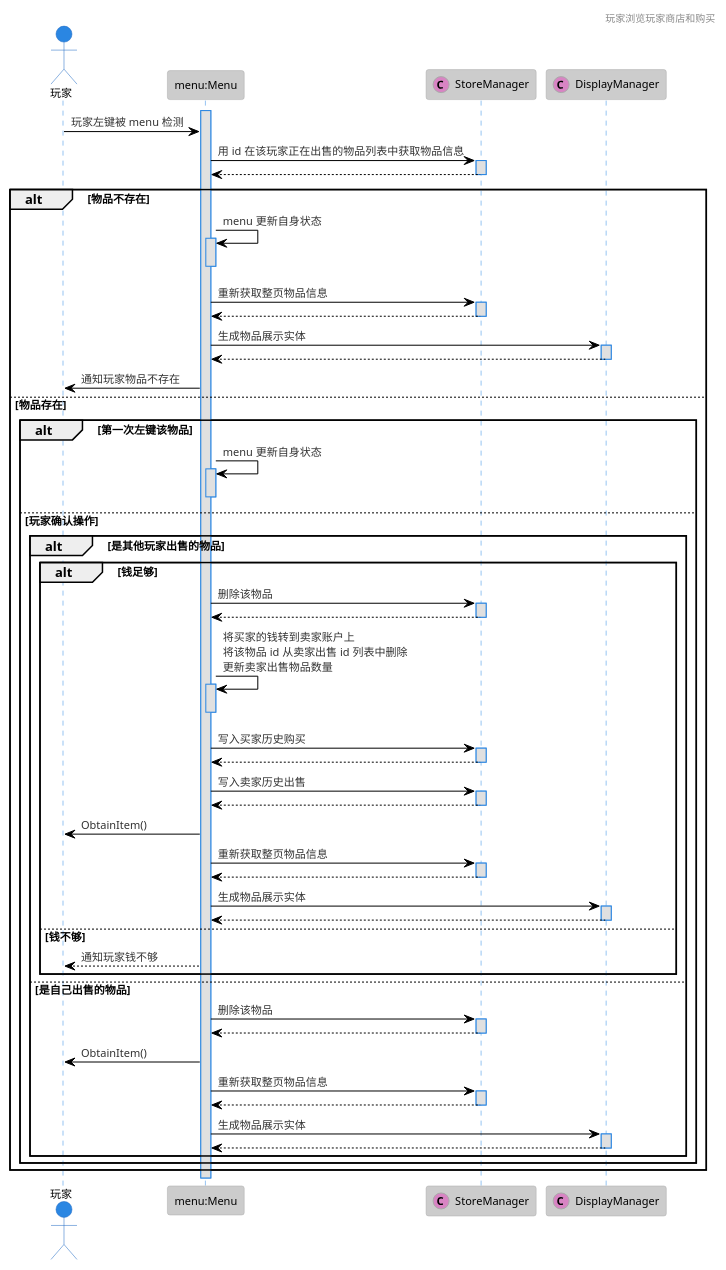
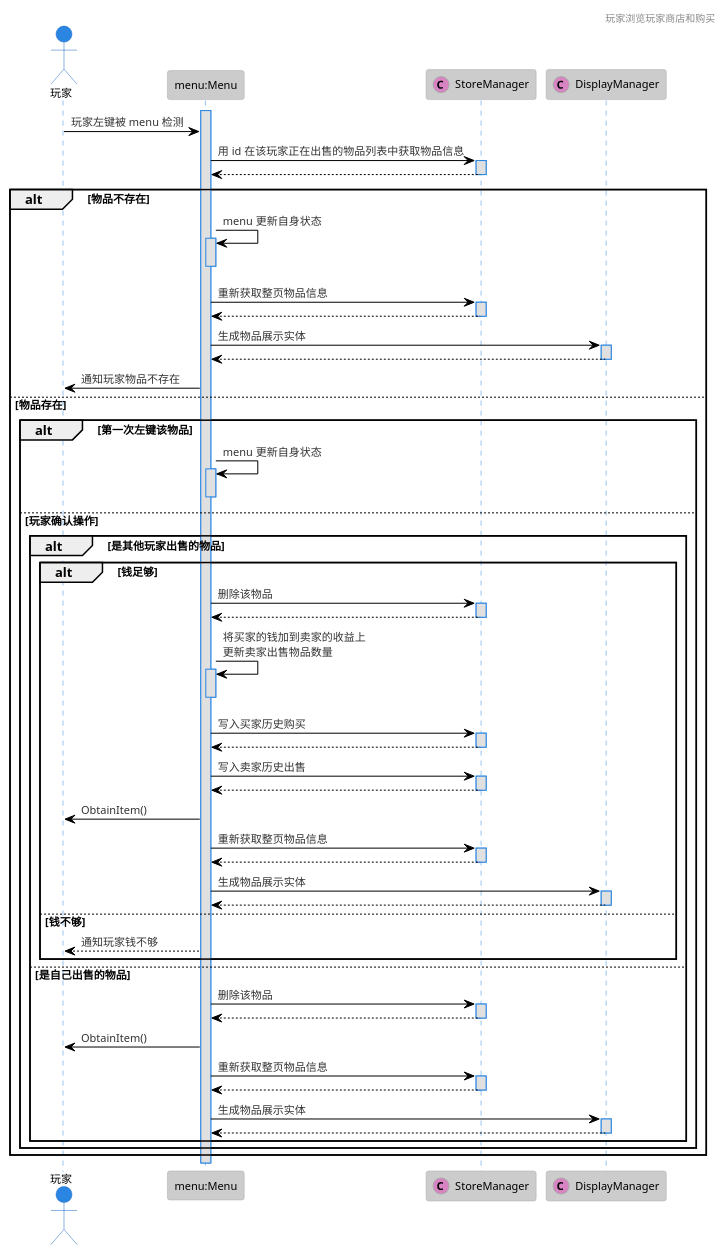
The diagram in doc/uml/sequence_diagram/player_view_player_shop_and_buy.plantuml (HeartingBe/GlobalShop_v3), drawn with PlantUML before and after one commit. The commit also changed 41 other files, not shown here.

```diff
--- a/doc/uml/sequence_diagram/player_view_player_shop_and_buy.plantuml
+++ b/doc/uml/sequence_diagram/player_view_player_shop_and_buy.plantuml
@@ -1,85 +1,85 @@
 @startuml sequence diagram
 !theme reddress-lightblue
 
 header 玩家浏览玩家商店和购买
 
 actor 玩家 as player
 participant "menu:Menu" as Menu
 participant StoreManager <<(C, #d884c3)>>
 participant DisplayManager <<(C, #d884c3)>>
 
 activate Menu
 
 player -> Menu : 玩家左键被 menu 检测
 deactivate StoreManager
 Menu -> StoreManager : 用 id 在该玩家正在出售的物品列表中获取物品信息
 activate StoreManager
 Menu <-- StoreManager
 deactivate StoreManager
 alt 物品不存在
    Menu -> Menu : menu 更新自身状态
    activate Menu
    deactivate Menu
    Menu -> StoreManager : 重新获取整页物品信息
    activate StoreManager
    Menu <-- StoreManager
    deactivate StoreManager
    Menu -> DisplayManager : 生成物品展示实体
    activate DisplayManager
    Menu <-- DisplayManager
    deactivate DisplayManager
    player <- Menu : 通知玩家物品不存在
 else 物品存在
    alt 第一次左键该物品
       Menu -> Menu : menu 更新自身状态
       activate Menu
       deactivate Menu
    else 玩家确认操作
       alt 是其他玩家出售的物品
          alt 钱足够
             Menu -> StoreManager : 删除该物品
             activate StoreManager
             Menu <-- StoreManager
             deactivate StoreManager
-            Menu -> Menu : 将买家的钱转到卖家账户上\n将该物品 id 从卖家出售 id 列表中删除\n更新卖家出售物品数量
+            Menu -> Menu : 将买家的钱加到卖家的收益上\n更新卖家出售物品数量
             activate Menu
             deactivate Menu
             Menu -> StoreManager : 写入买家历史购买
             activate StoreManager
             Menu <-- StoreManager
             deactivate StoreManager
             Menu -> StoreManager : 写入卖家历史出售
             activate StoreManager
             Menu <-- StoreManager
             deactivate StoreManager
             player <- Menu : ObtainItem()
             Menu -> StoreManager : 重新获取整页物品信息
             activate StoreManager
             Menu <-- StoreManager
             deactivate StoreManager
             Menu -> DisplayManager : 生成物品展示实体
             activate DisplayManager
             Menu <-- DisplayManager
             deactivate DisplayManager
          else 钱不够
             player <-- Menu : 通知玩家钱不够
          end
       else 是自己出售的物品
          Menu -> StoreManager : 删除该物品
          activate StoreManager
          Menu <-- StoreManager
          deactivate StoreManager
          player <- Menu : ObtainItem()
          Menu -> StoreManager : 重新获取整页物品信息
          activate StoreManager
          Menu <-- StoreManager
          deactivate StoreManager
          Menu -> DisplayManager : 生成物品展示实体
          activate DisplayManager
          Menu <-- DisplayManager
          deactivate DisplayManager
       end
    end
 end
 
 @enduml
```
